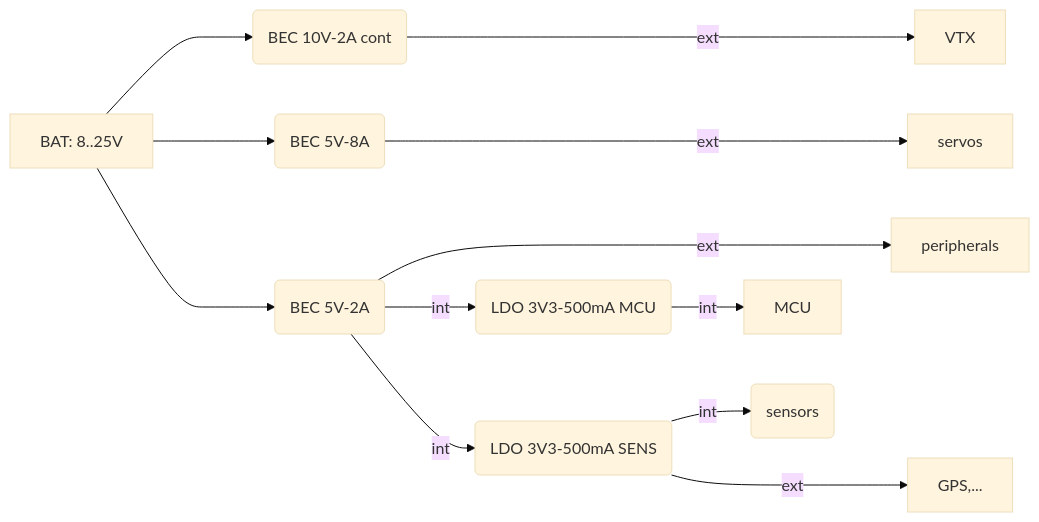
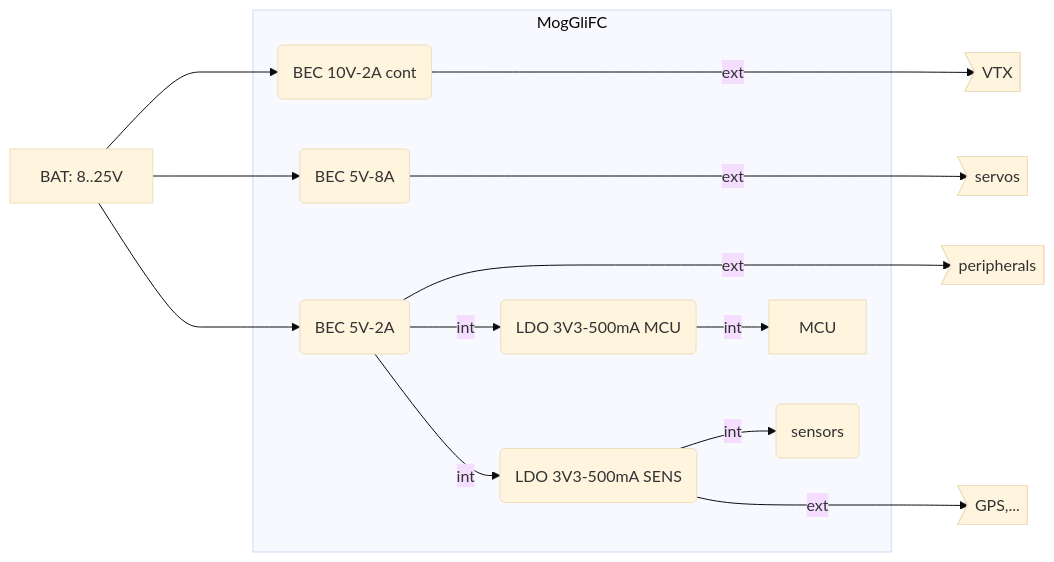
One commit to MomoRC-tech/MoGliFC-Flight-Controller changed the diagram in README.md. Above: the diagram before and after it, drawn with Mermaid (base theme).

````diff
--- a/README.md
+++ b/README.md
@@ -50,15 +50,28 @@
 ```mermaid
 flowchart LR
     A[BAT: 8..25V] ---> B(BEC 10V-2A cont)
-    B ---->|ext| C[VTX]
+
+    B ---->|ext| C>VTX]
     A ---> H(BEC 5V-8A)
     A ---> D(BEC 5V-2A)
-    H ----> |ext| I[servos]
-    D ----> |ext| E[peripherals]
+
+    H ----> |ext| I>servos]
+    D ----> |ext| E>peripherals]
     D --> |int| F(LDO 3V3-500mA MCU)  
     F --> |int| J[MCU]
     D --> |int| G(LDO 3V3-500mA SENS)
     G --> |int| K(sensors)
-    G ---> |ext| L[GPS,...]
+    G ---> |ext| L>GPS,...]
+
+
+    subgraph MogGliFC
+        B(BEC 10V-2A cont)
+        H(BEC 5V-8A)
+        D(BEC 5V-2A)
+        F(LDO 3V3-500mA MCU)
+        G(LDO 3V3-500mA SENS)
+        J[MCU]
+        K(sensors)
+    end
 
 ```
````
